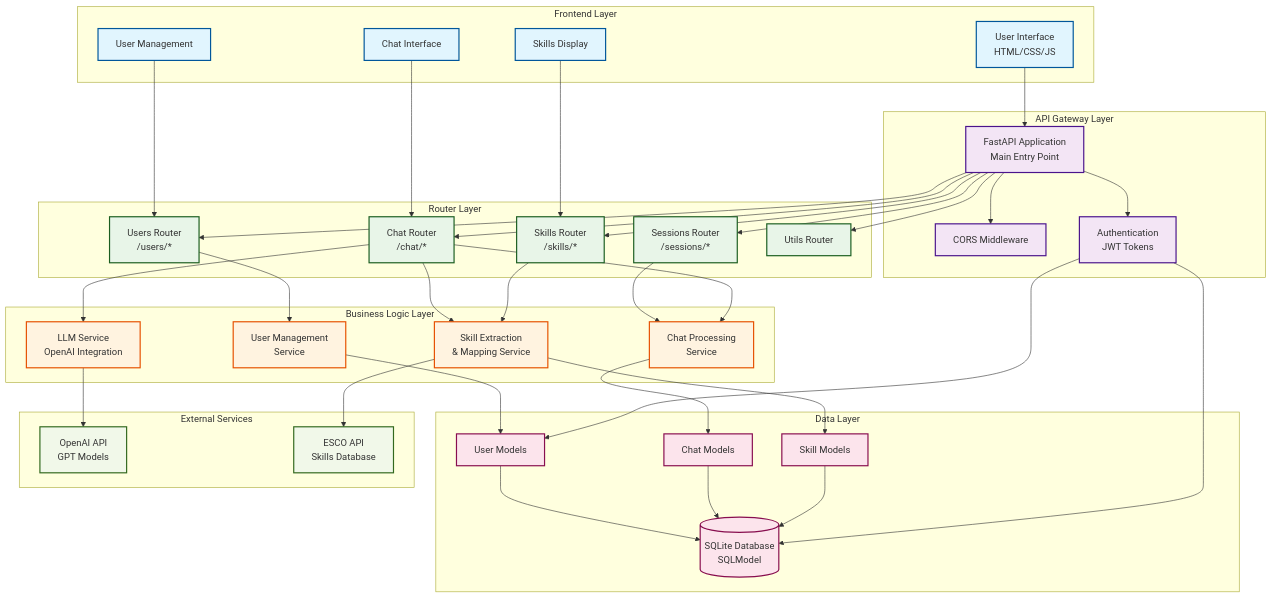
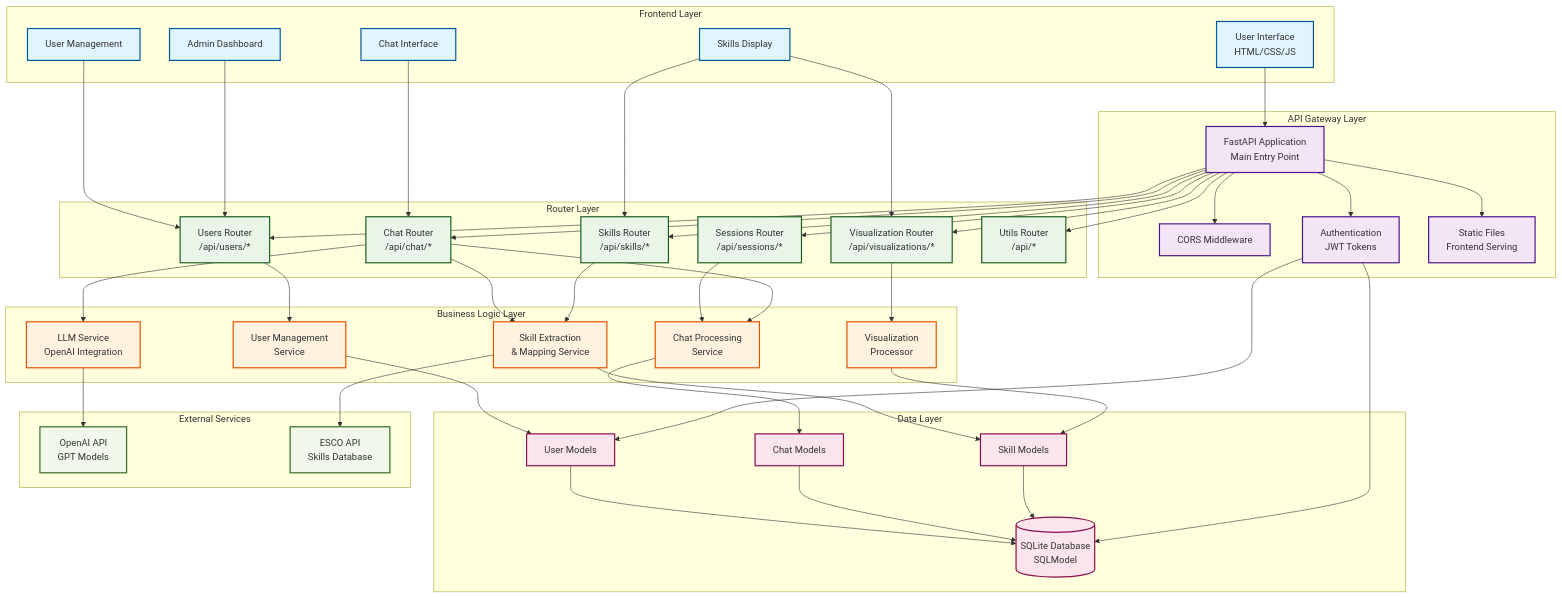
One commit to Flo-Wei/BachelorThesis changed the first of 4 diagrams in README.md. Above: the diagram before and after it, drawn with Mermaid. The commit also changed other lines of this file, not shown here.

````diff
--- a/README.md
+++ b/README.md
@@ -35,6 +37,7 @@
         ChatUI[Chat Interface]
         UserUI[User Management]
         SkillsUI[Skills Display]
+        AdminUI[Admin Dashboard]
     end
     
     %% API Gateway Layer
@@ -42,15 +45,17 @@
         FastAPI[FastAPI Application<br/>Main Entry Point]
         CORS[CORS Middleware]
         Auth[Authentication<br/>JWT Tokens]
+        StaticFiles[Static Files<br/>Frontend Serving]
     end
     
     %% Router Layer
     subgraph "Router Layer"
-        UsersRouter[Users Router<br/>/users/*]
-        SessionsRouter[Sessions Router<br/>/sessions/*]
-        ChatRouter[Chat Router<br/>/chat/*]
-        SkillsRouter[Skills Router<br/>/skills/*]
-        UtilsRouter[Utils Router]
+        UsersRouter[Users Router<br/>/api/users/*]
+        SessionsRouter[Sessions Router<br/>/api/sessions/*]
+        ChatRouter[Chat Router<br/>/api/chat/*]
+        SkillsRouter[Skills Router<br/>/api/skills/*]
+        VizRouter[Visualization Router<br/>/api/visualizations/*]
+        UtilsRouter[Utils Router<br/>/api/*]
     end
     
     %% Business Logic Layer
@@ -59,6 +64,7 @@
         SkillService[Skill Extraction<br/>& Mapping Service]
         ChatService[Chat Processing<br/>Service]
         UserService[User Management<br/>Service]
+        VizProcessor[Visualization<br/>Processor]
     end
     
     %% Data Layer
@@ -80,13 +86,17 @@
     ChatUI --> ChatRouter
     UserUI --> UsersRouter
     SkillsUI --> SkillsRouter
+    SkillsUI --> VizRouter
+    AdminUI --> UsersRouter
     
     FastAPI --> CORS
     FastAPI --> Auth
+    FastAPI --> StaticFiles
     FastAPI --> UsersRouter
     FastAPI --> SessionsRouter
     FastAPI --> ChatRouter
     FastAPI --> SkillsRouter
+    FastAPI --> VizRouter
     FastAPI --> UtilsRouter
     
     UsersRouter --> UserService
@@ -95,10 +105,12 @@
     ChatRouter --> LLMService
     ChatRouter --> SkillService
     SkillsRouter --> SkillService
+    VizRouter --> VizProcessor
     
     UserService --> UserModel
     ChatService --> ChatModels
     SkillService --> SkillModels
+    VizProcessor --> SkillModels
     
     UserModel --> Database
     ChatModels --> Database
@@ -119,10 +131,10 @@
     classDef data fill:#fce4ec,stroke:#880e4f,stroke-width:2px
     classDef external fill:#f1f8e9,stroke:#33691e,stroke-width:2px
     
-    class UI,ChatUI,UserUI,SkillsUI frontend
-    class FastAPI,CORS,Auth api
-    class UsersRouter,SessionsRouter,ChatRouter,SkillsRouter,UtilsRouter router
-    class LLMService,SkillService,ChatService,UserService service
+    class UI,ChatUI,UserUI,SkillsUI,AdminUI frontend
+    class FastAPI,CORS,Auth,StaticFiles api
+    class UsersRouter,SessionsRouter,ChatRouter,SkillsRouter,VizRouter,UtilsRouter router
+    class LLMService,SkillService,ChatService,UserService,VizProcessor service
     class Database,UserModel,ChatModels,SkillModels data
     class OpenAI,ESCOAPI external
 ```
````
